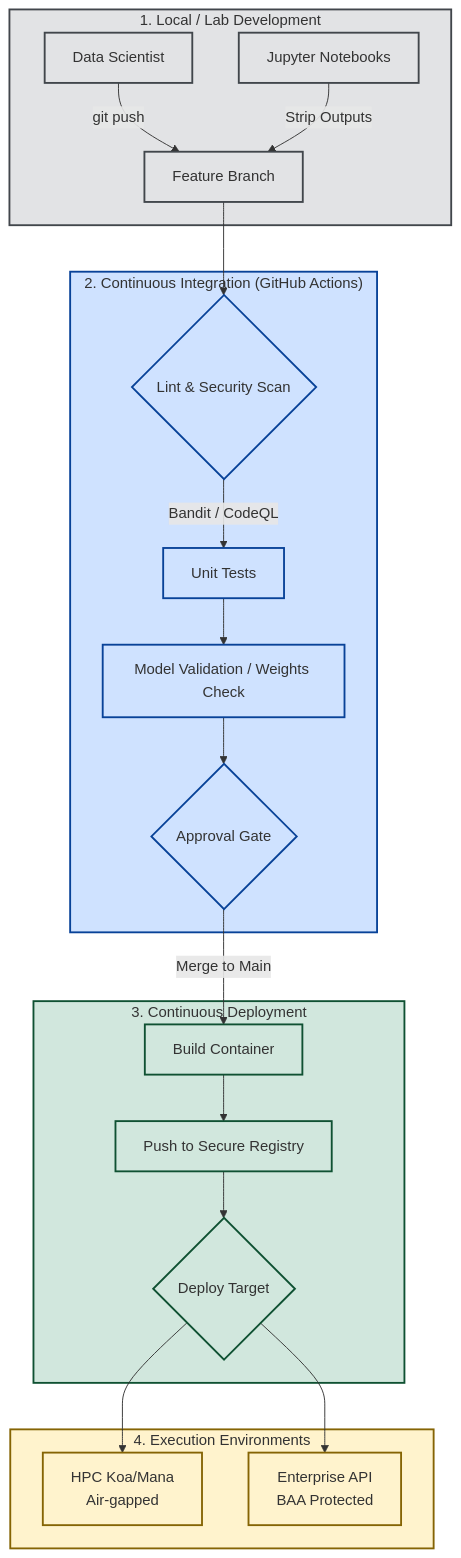
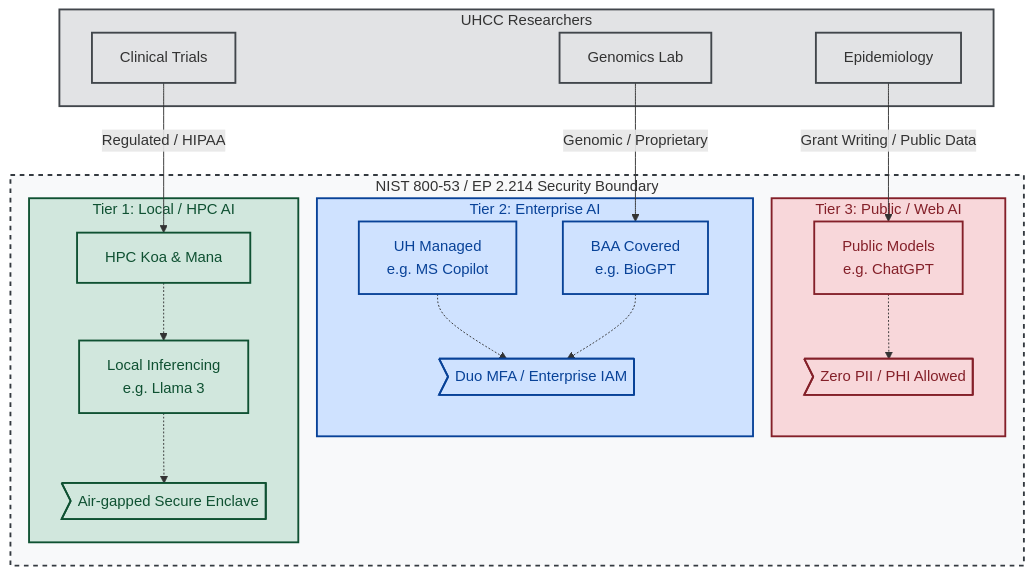
One commit to University-of-Hawaii-Cancer-Center/-AI-DEVSECOPS-UHCC changed the first of 2 diagrams in README.md. Above: the diagram before and after it, drawn with Mermaid. The commit also changed other lines of this file, not shown here.

Commit message:
Revert to original preferred Governance and Architecture Mermaid diagrams

````diff
--- a/README.md
+++ b/README.md
@@ -19,36 +19,50 @@
 ```mermaid
 graph TD
-    subgraph Dev ["1. Local / Lab Development"]
-        D1[Data Scientist] -->|git push| D2[Feature Branch]
-        D3[Jupyter Notebooks] -->|Strip Outputs| D2
+    subgraph Users ["UHCC Researchers"]
+        U1[Epidemiology]
+        U2[Clinical Trials]
+        U3[Genomics Lab]
     end
 
-    subgraph CI ["2. Continuous Integration (GitHub Actions)"]
-        D2 --> C1{Lint & Security Scan}
-        C1 -->|Bandit / CodeQL| C2[Unit Tests]
-        C2 --> C3[Model Validation / Weights Check]
-        C3 --> C4{Approval Gate}
+    subgraph Boundary ["NIST 800-53 / EP 2.214 Security Boundary"]
+        subgraph Web ["Tier 3: Public / Web AI"]
+            W1[Public Models <br/> e.g. ChatGPT]
+            W2>Zero PII / PHI Allowed]
+        end
+
+        subgraph Enterprise ["Tier 2: Enterprise AI"]
+            E1[UH Managed <br/> e.g. MS Copilot]
+            E2[BAA Covered <br/> e.g. BioGPT]
+            E3>Duo MFA / Enterprise IAM]
+        end
+
+        subgraph Local ["Tier 1: Local / HPC AI"]
+            L1[HPC Koa & Mana]
+            L2[Local Inferencing <br/> e.g. Llama 3]
+            L3>Air-gapped Secure Enclave]
+        end
     end
 
-    subgraph CD ["3. Continuous Deployment"]
-        C4 -->|Merge to Main| CD1[Build Container]
-        CD1 --> CD2[Push to Secure Registry]
-        CD2 --> CD3{Deploy Target}
-    end
+    U1 -->|Grant Writing / Public Data| W1
+    U2 -->|Regulated / HIPAA| L1
+    U3 -->|Genomic / Proprietary| E2
 
-    subgraph Envs ["4. Execution Environments"]
-        CD3 --> E1[HPC Koa/Mana <br/> Air-gapped]
-        CD3 --> E2[Enterprise API <br/> BAA Protected]
-    end
+    W1 -.-> W2
+    E1 -.-> E3
+    E2 -.-> E3
+    L1 -.-> L2
+    L2 -.-> L3
 
     %% Styling
-    classDef dev fill:#e2e3e5,stroke:#41464b,stroke-width:2px;
-    classDef ci fill:#cfe2ff,stroke:#084298,stroke-width:2px;
-    classDef cd fill:#d1e7dd,stroke:#0f5132,stroke-width:2px;
-    classDef envs fill:#fff3cd,stroke:#856404,stroke-width:2px;
-
-    class Dev,D1,D2,D3 dev;
-    class CI,C1,C2,C3,C4 ci;
-    class CD,CD1,CD2,CD3 cd;
-    class Envs,E1,E2 envs;
+    classDef boundary fill:#f8f9fa,stroke:#343a40,stroke-width:2px,stroke-dasharray: 5 5;
+    classDef local fill:#d1e7dd,stroke:#0f5132,stroke-width:2px,color:#0f5132;
+    classDef ent fill:#cfe2ff,stroke:#084298,stroke-width:2px,color:#084298;
+    classDef pub fill:#f8d7da,stroke:#842029,stroke-width:2px,color:#842029;
+    classDef users fill:#e2e3e5,stroke:#41464b,stroke-width:2px;
+    
+    class Local,L1,L2,L3 local;
+    class Enterprise,E1,E2,E3 ent;
+    class Web,W1,W2 pub;
+    class Boundary boundary;
+    class Users,U1,U2,U3 users;
 ```
````
